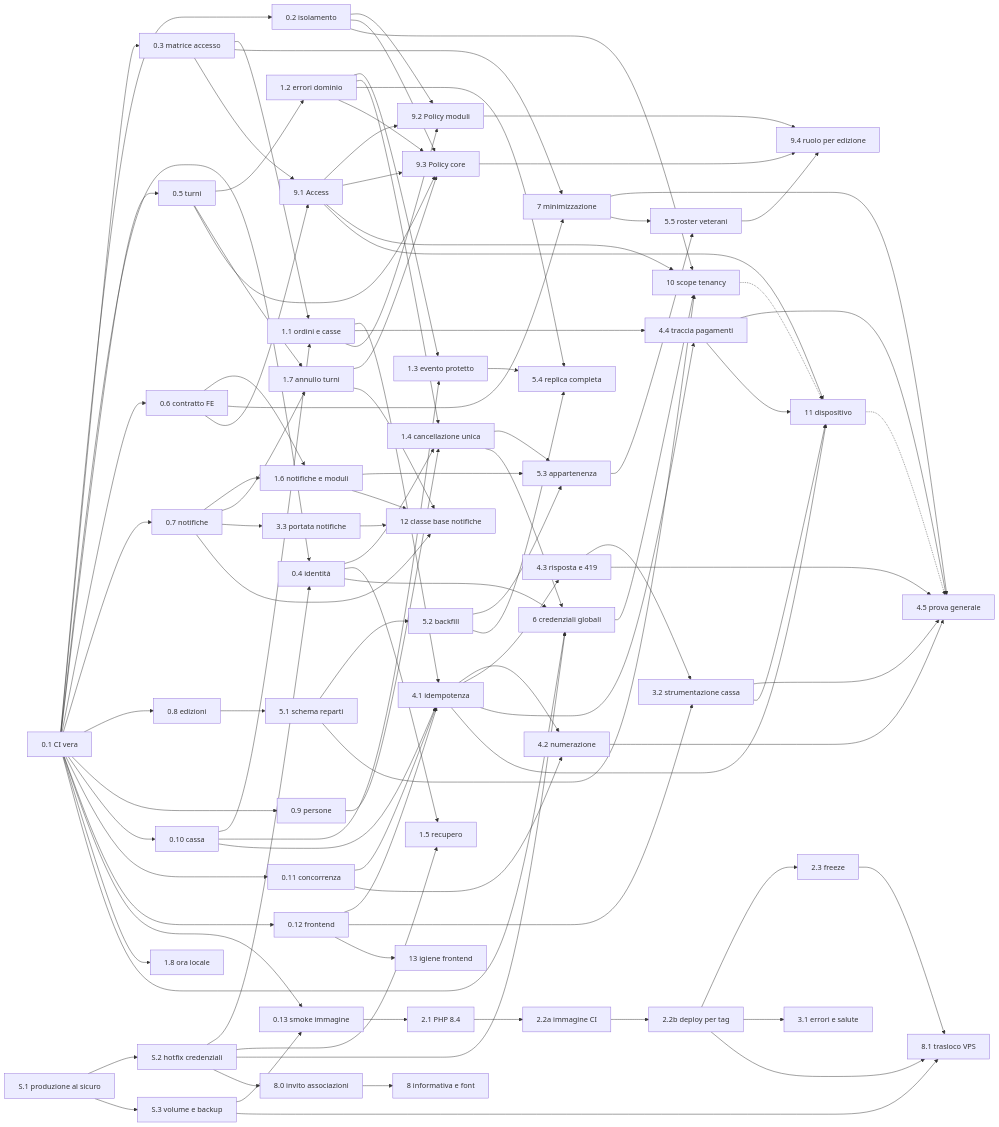
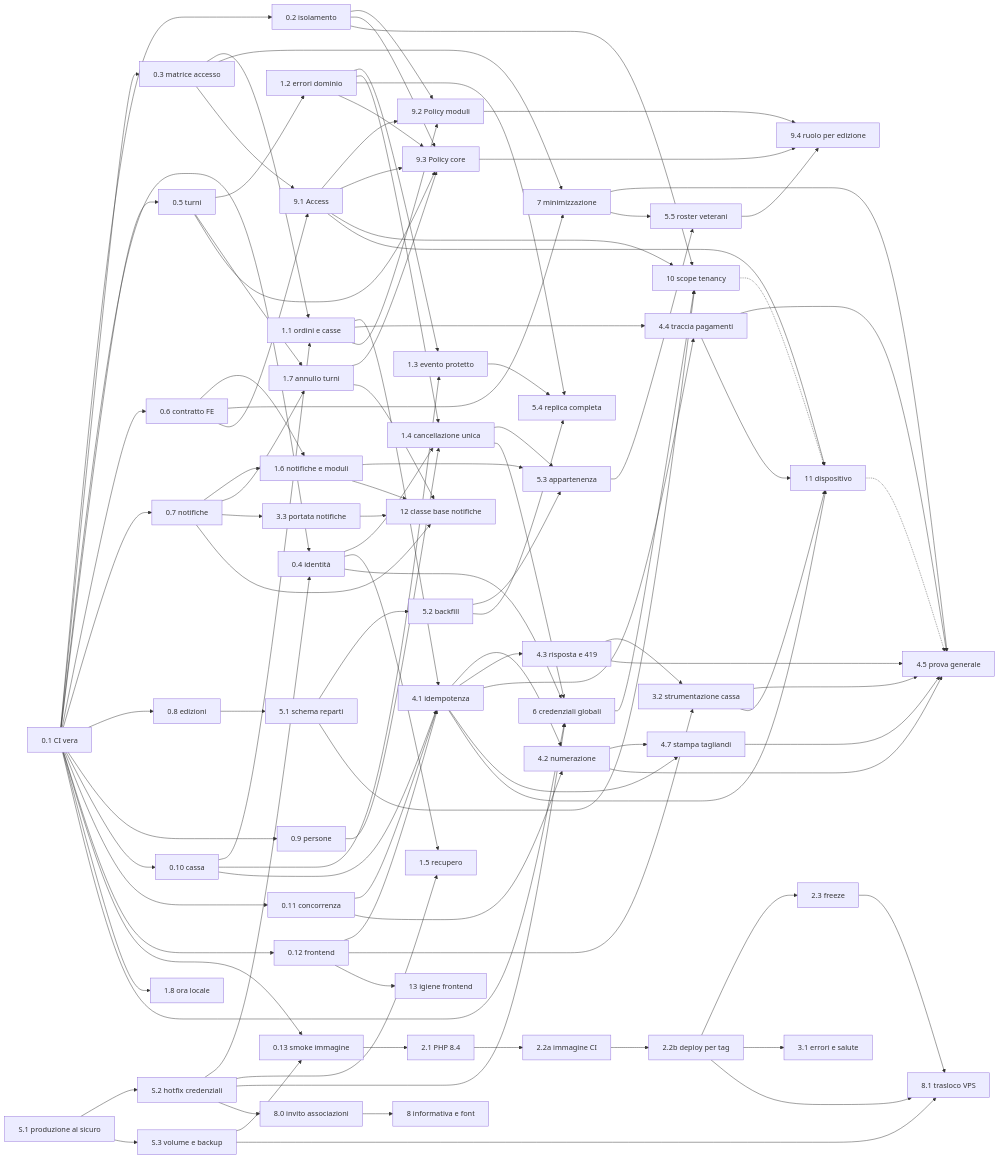
The diagram in docs/review/03-roadmap.md (antoniomuzzolini/sagra), drawn with Mermaid before and after one commit. The commit also changed other lines of this file and 1 other file, not shown here.

First line of the commit message:
docs: record the pilot's till flow, retention rule and ODV status

```diff
--- a/docs/review/03-roadmap.md
+++ b/docs/review/03-roadmap.md
@@ -1507,6 +1537,9 @@
     A11 --> D44
     D43 --> C32[3.2 strumentazione cassa]
     O12 --> C32
+    D41 --> D47[4.7 stampa tagliandi]
+    D42 --> D47
+    D47 --> D45
     D42 --> D45[4.5 prova generale]
     D43 --> D45
     D44 --> D45
```
